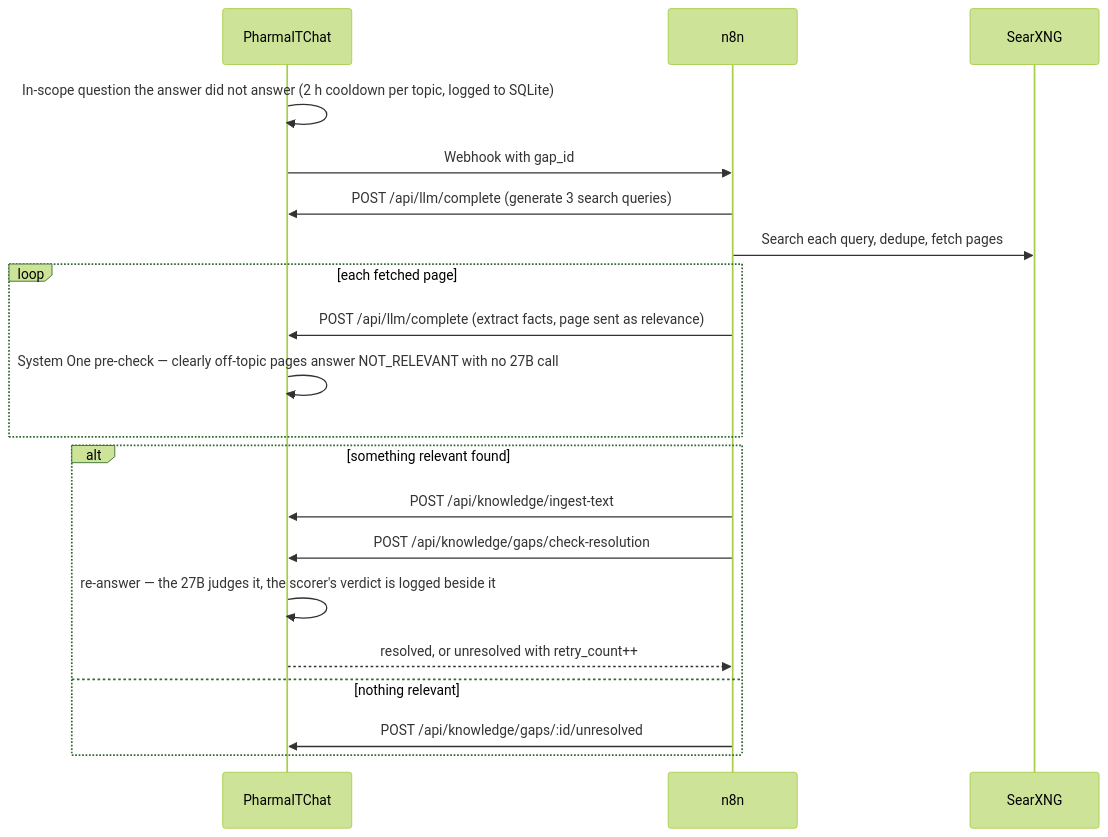
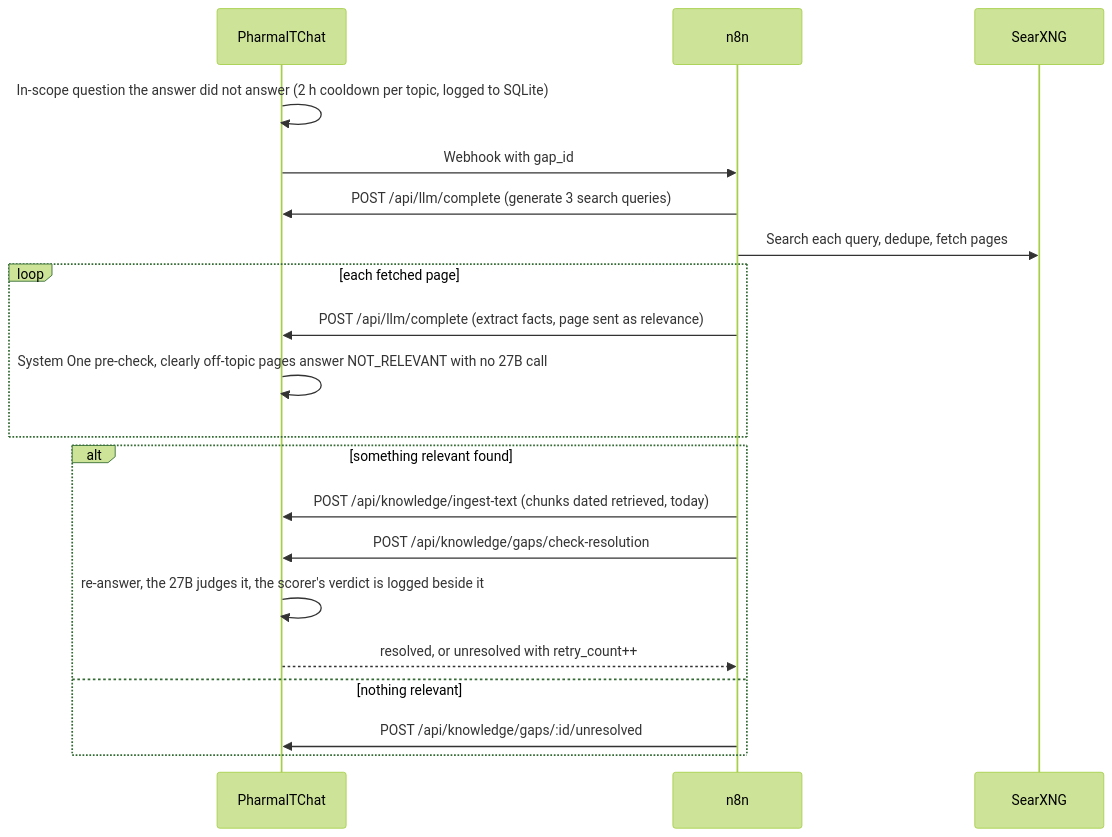
One commit to sebdallais-git/PharmaIT_Chat_and_Digest changed diagram 14 of 23 in README.md. Above: the diagram before and after it, drawn with Mermaid (forest theme). The commit also changed other lines of this file, not shown here.

````diff
--- a/README.md
+++ b/README.md
@@ -639,22 +836,22 @@
 ```mermaid
 sequenceDiagram
     participant App as PharmaITChat
     participant N as n8n
     participant S as SearXNG
     App->>App: In-scope question the answer did not answer (2 h cooldown per topic, logged to SQLite)
     App->>N: Webhook with gap_id
     N->>App: POST /api/llm/complete (generate 3 search queries)
     N->>S: Search each query, dedupe, fetch pages
     loop each fetched page
         N->>App: POST /api/llm/complete (extract facts, page sent as relevance)
-        App->>App: System One pre-check — clearly off-topic pages answer NOT_RELEVANT with no 27B call
+        App->>App: System One pre-check, clearly off-topic pages answer NOT_RELEVANT with no 27B call
     end
     alt something relevant found
-        N->>App: POST /api/knowledge/ingest-text
+        N->>App: POST /api/knowledge/ingest-text (chunks dated retrieved, today)
         N->>App: POST /api/knowledge/gaps/check-resolution
-        App->>App: re-answer — the 27B judges it, the scorer's verdict is logged beside it
+        App->>App: re-answer, the 27B judges it, the scorer's verdict is logged beside it
         App-->>N: resolved, or unresolved with retry_count++
     else nothing relevant
         N->>App: POST /api/knowledge/gaps/:id/unresolved
     end
 ```
````
